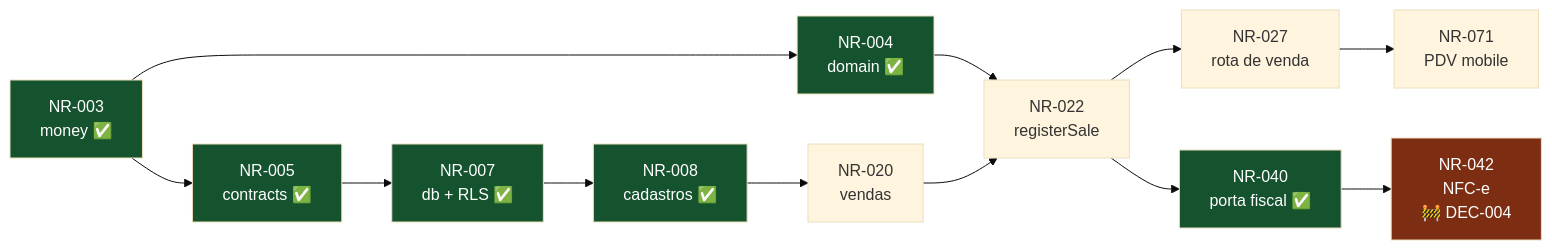
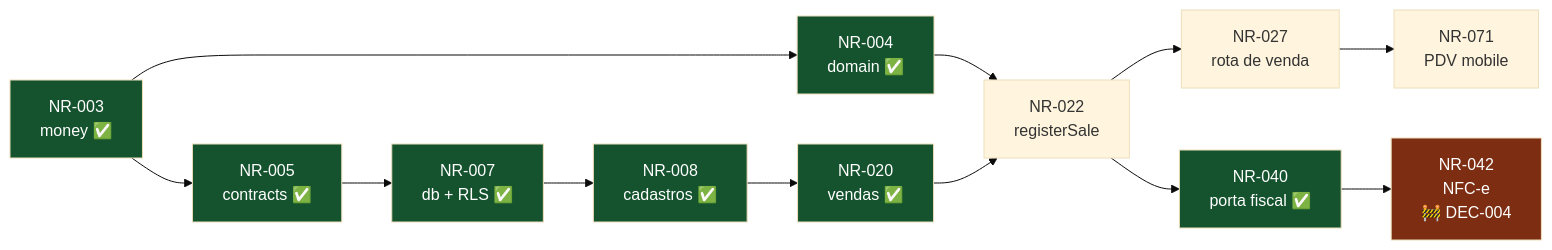
Before and after one commit to glevi2004/na-regua: the diagram in docs/processo/task-ledger.md, drawn with Mermaid (base theme). The commit also changed other lines of this file and 6 other files, not shown here.

First line of the commit message:
feat(db): schema de vendas e financeiro, com as invariantes no banco

````diff
--- a/docs/processo/task-ledger.md
+++ b/docs/processo/task-ledger.md
@@ -179,22 +179,23 @@
 ```mermaid
 flowchart LR
     N3["NR-003<br/>money ✅"] --> N4["NR-004<br/>domain ✅"]
     N3 --> N5["NR-005<br/>contracts ✅"]
     N5 --> N7["NR-007<br/>db + RLS ✅"]
     N7 --> N8["NR-008<br/>cadastros ✅"]
-    N8 --> N20["NR-020<br/>vendas"]
+    N8 --> N20["NR-020<br/>vendas ✅"]
     N4 --> N22
     N20 --> N22["NR-022<br/>registerSale"]
     N22 --> N27["NR-027<br/>rota de venda"]
     N27 --> N71["NR-071<br/>PDV mobile"]
     N22 --> N40["NR-040<br/>porta fiscal ✅"]
     N40 --> N42["NR-042<br/>NFC-e<br/>🚧 DEC-004"]
 
     style N42 fill:#7c2d12,color:#fff
     style N3 fill:#14532d,color:#fff
     style N4 fill:#14532d,color:#fff
     style N5 fill:#14532d,color:#fff
     style N40 fill:#14532d,color:#fff
     style N7 fill:#14532d,color:#fff
     style N8 fill:#14532d,color:#fff
+    style N20 fill:#14532d,color:#fff
 ```
````
